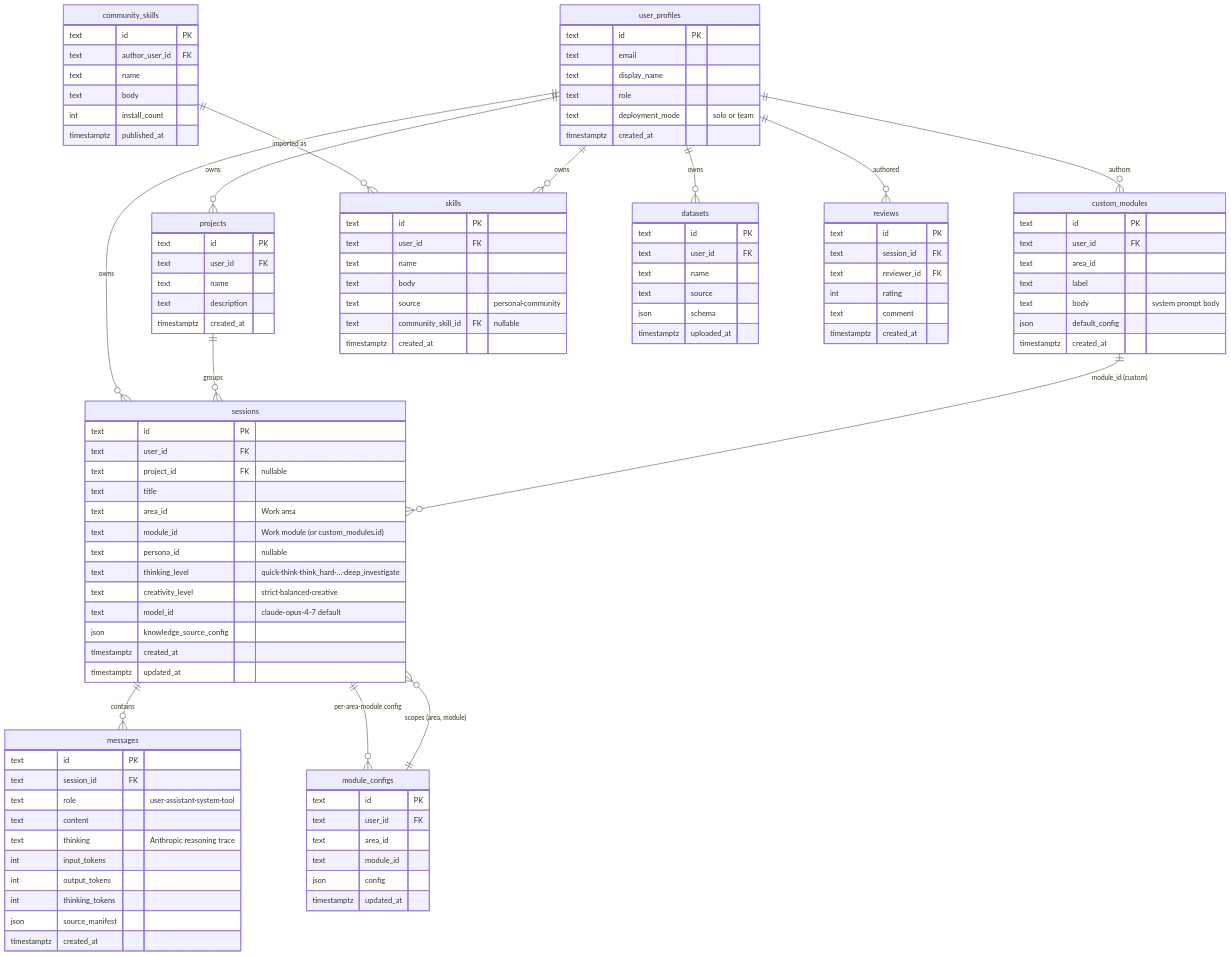
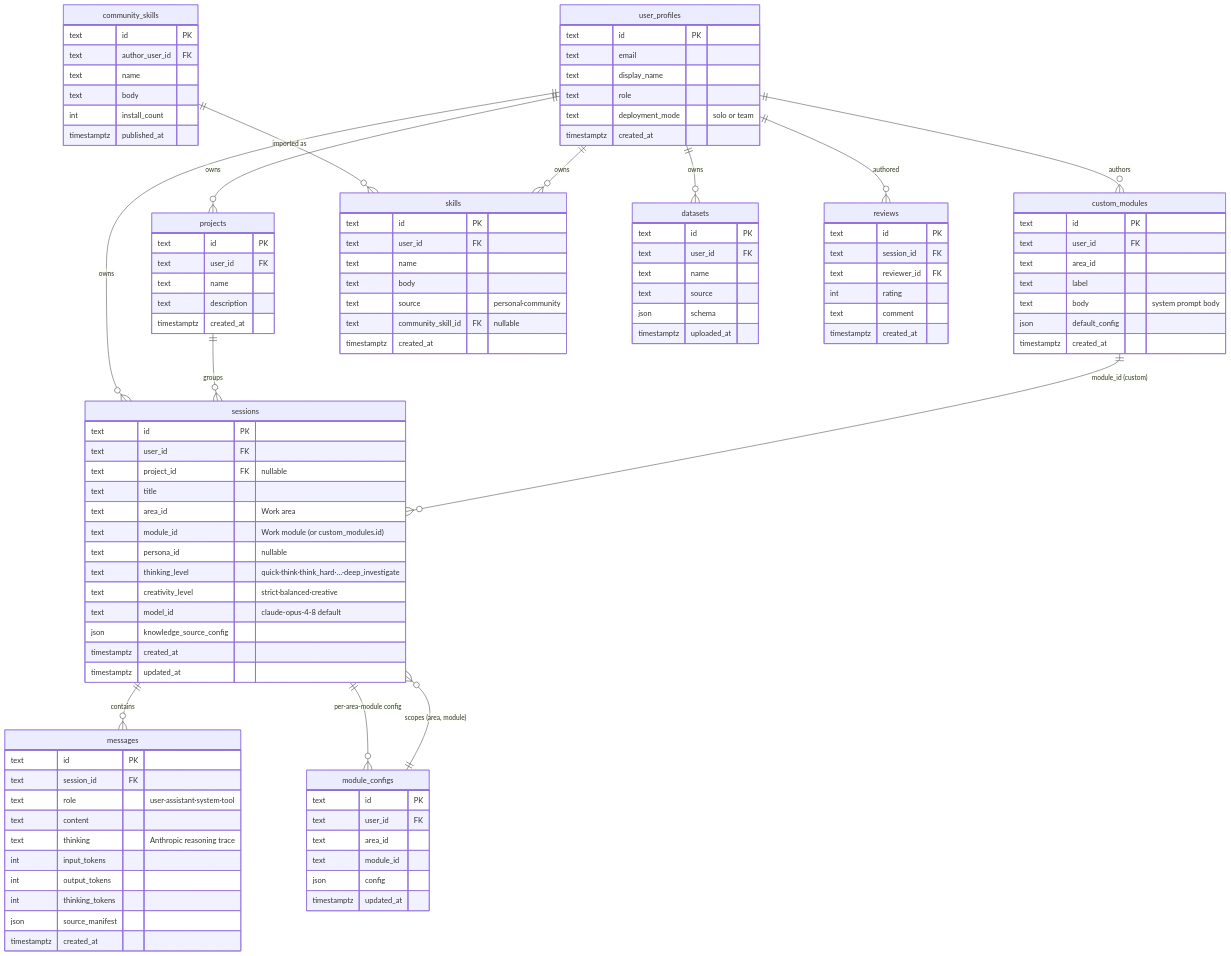
The diagram in docs/architecture/20a-database-areas.md (altspace-hub/ANTON), drawn with Mermaid before and after one commit. The commit also changed 97 other files, not shown here.

First line of the commit message:
feat(models): Opus 4.8 default + Mistral Codestral/Devstral wiring

```diff
--- a/docs/architecture/20a-database-areas.md
+++ b/docs/architecture/20a-database-areas.md
@@ -42,7 +42,7 @@
     text persona_id "nullable"
     text thinking_level "quick·think·think_hard·…·deep_investigate"
     text creativity_level "strict·balanced·creative"
-    text model_id "claude-opus-4-7 default"
+    text model_id "claude-opus-4-8 default"
     json knowledge_source_config
     timestamptz created_at
     timestamptz updated_at
```
